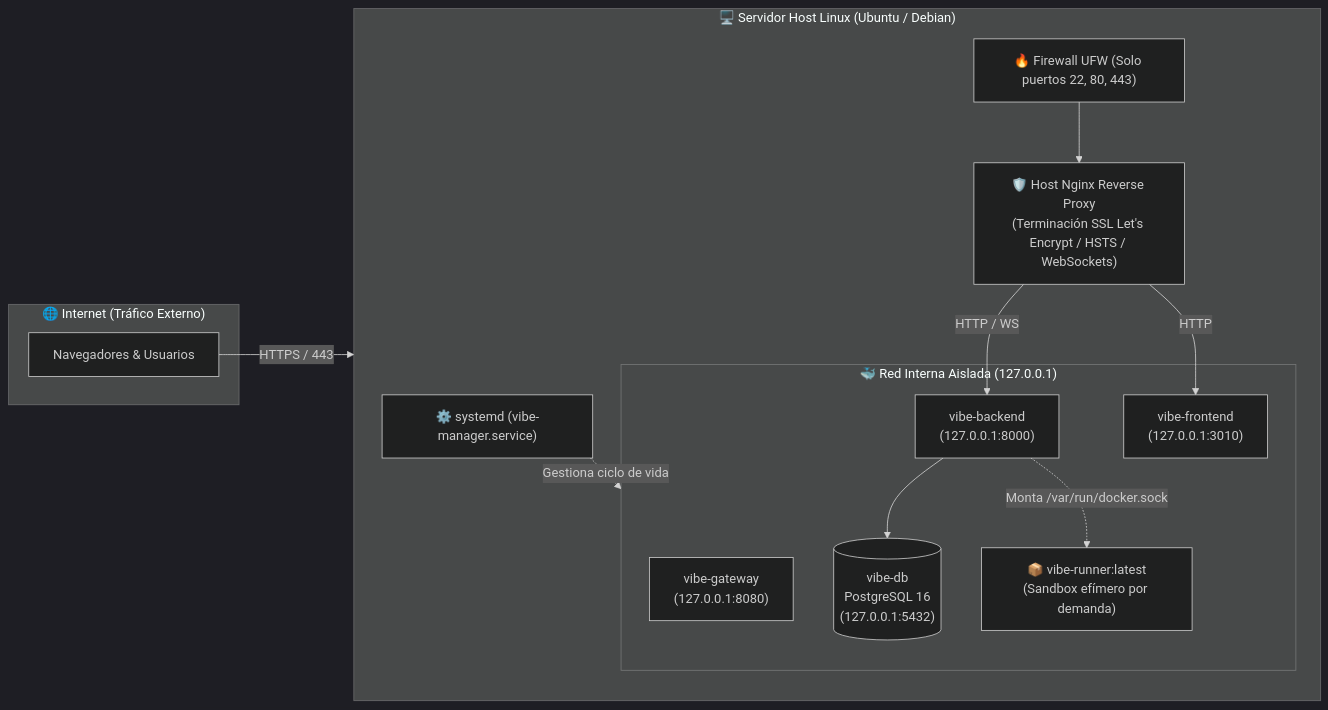
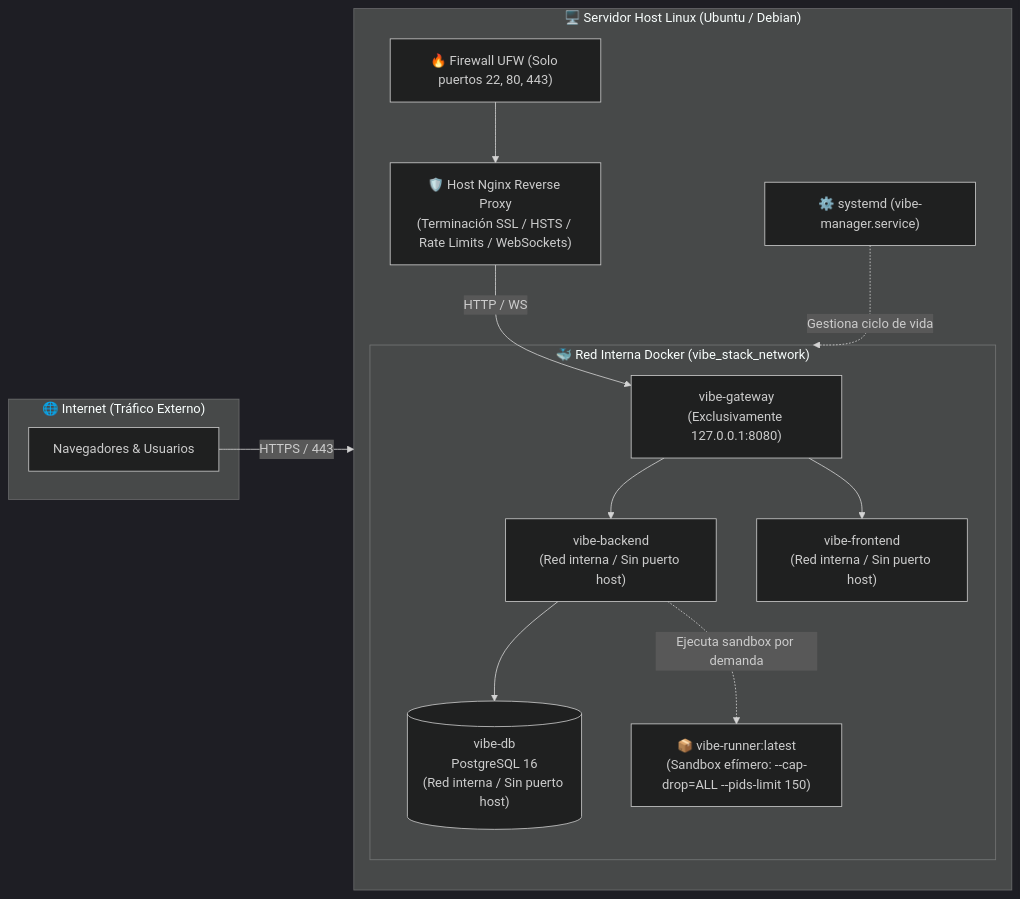
One commit to emrojo/vibe-manager-ai changed the second of 2 diagrams in README.md. Above: the diagram before and after it, drawn with Mermaid (dark theme). The commit also changed other lines of this file and 20 other files, not shown here.

Commit message:
feat(security): comprehensive production hardening, token encryption at rest, sandbox limits, and secure nginx proxy

````diff
--- a/README.md
+++ b/README.md
@@ -232,29 +237,30 @@
 ```mermaid
 flowchart LR
     subgraph Internet ["🌐 Internet (Tráfico Externo)"]
         CLIENT[Navegadores & Usuarios]
     end
 
     subgraph HostServer ["🖥️ Servidor Host Linux (Ubuntu / Debian)"]
         direction TB
         FW["🔥 Firewall UFW (Solo puertos 22, 80, 443)"]
-        NGINX["🛡️ Host Nginx Reverse Proxy\n(Terminación SSL Let's Encrypt / HSTS / WebSockets)"]
+        NGINX["🛡️ Host Nginx Reverse Proxy\n(Terminación SSL / HSTS / Rate Limits / WebSockets)"]
         SYSTEMD["⚙️ systemd (vibe-manager.service)"]
 
-        subgraph DockerNetwork ["🐳 Red Interna Aislada (127.0.0.1)"]
-            GW["vibe-gateway\n(127.0.0.1:8080)"]
-            FE["vibe-frontend\n(127.0.0.1:3010)"]
-            BE["vibe-backend\n(127.0.0.1:8000)"]
-            DB[("vibe-db\nPostgreSQL 16\n(127.0.0.1:5432)")]
-            RUNNER["📦 vibe-runner:latest\n(Sandbox efímero por demanda)"]
+        subgraph DockerNetwork ["🐳 Red Interna Docker (vibe_stack_network)"]
+            GW["vibe-gateway\n(Exclusivamente 127.0.0.1:8080)"]
+            FE["vibe-frontend\n(Red interna / Sin puerto host)"]
+            BE["vibe-backend\n(Red interna / Sin puerto host)"]
+            DB[("vibe-db\nPostgreSQL 16\n(Red interna / Sin puerto host)")]
+            RUNNER["📦 vibe-runner:latest\n(Sandbox efímero: --cap-drop=ALL --pids-limit 150)"]
         end
     end
 
     CLIENT -->|HTTPS / 443| FW
     FW --> NGINX
-    NGINX -->|HTTP / WS| BE
-    NGINX -->|HTTP| FE
+    NGINX -->|HTTP / WS| GW
+    GW --> BE
+    GW --> FE
     SYSTEMD -.->|Gestiona ciclo de vida| DockerNetwork
     BE --> DB
-    BE -.->|Monta /var/run/docker.sock| RUNNER
+    BE -.->|Ejecuta sandbox por demanda| RUNNER
 ```
````
